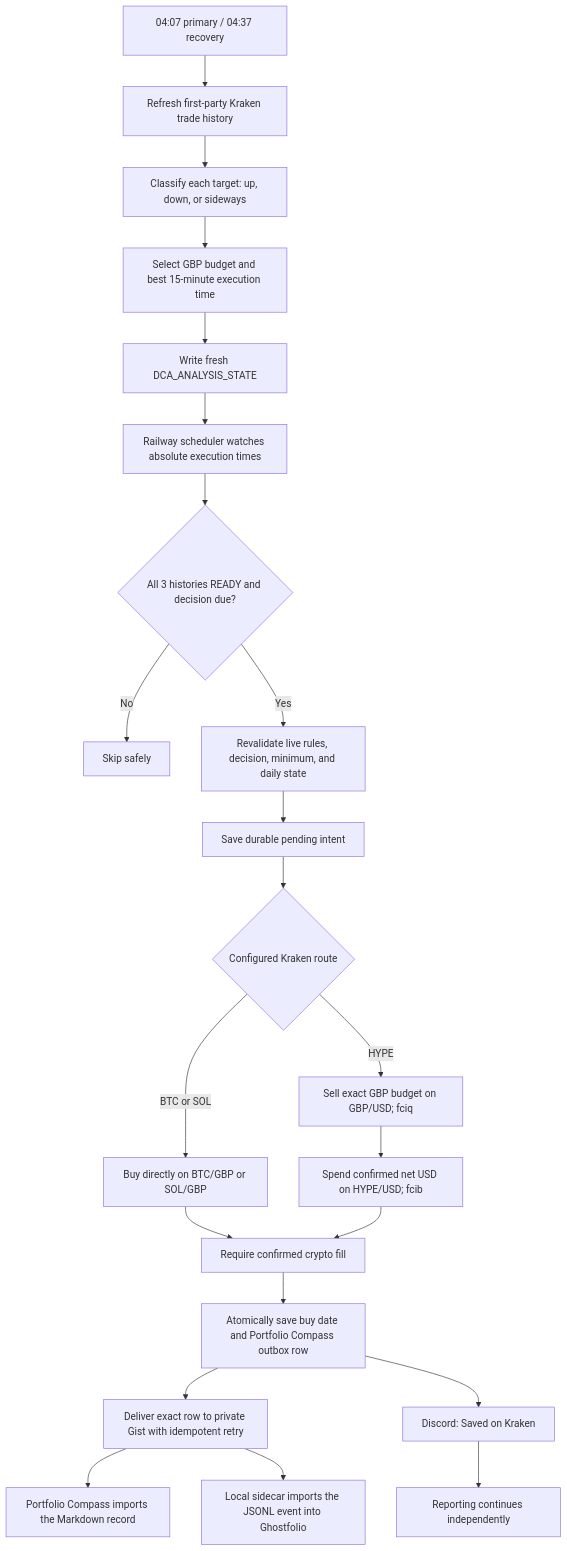
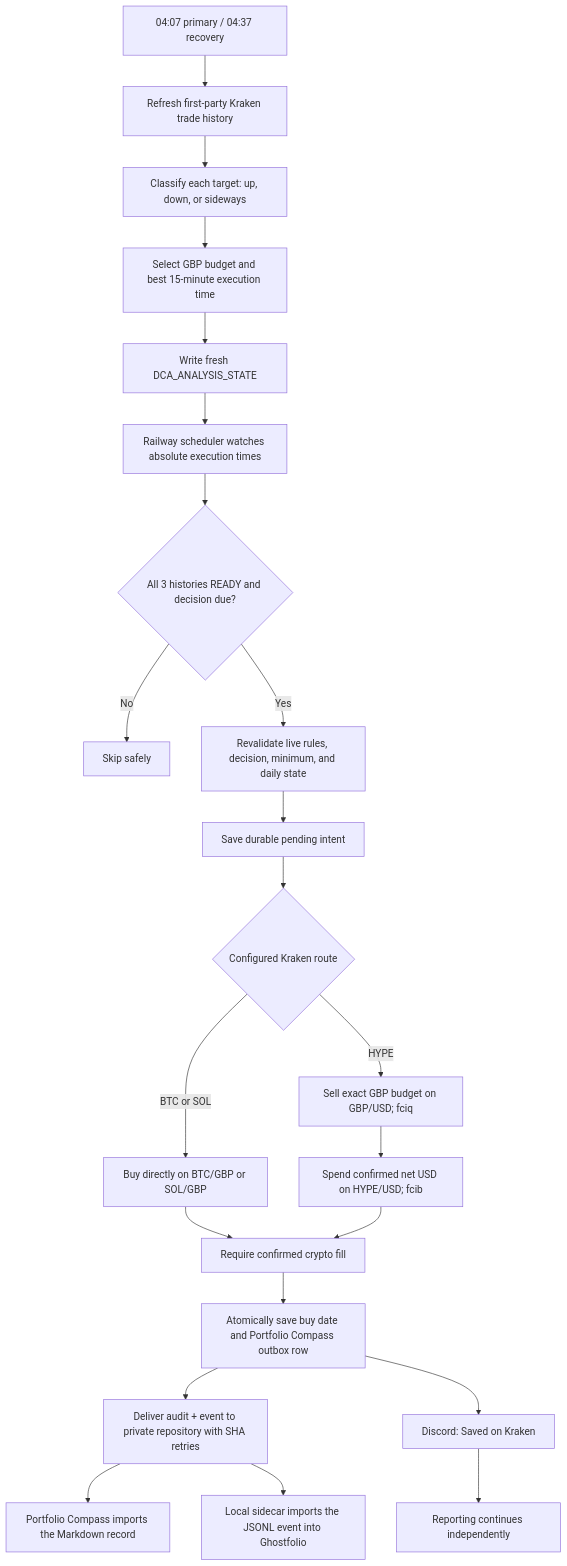
Before and after one commit to aesscialo-bot/DCA-Bot: the first of 2 diagrams in README.md, drawn with Mermaid. The commit also changed other lines of this file and 24 other files, not shown here.

Commit message:
Cut over portfolio ledger to private repository (#18)

````diff
--- a/README.md
+++ b/README.md
@@ -72,24 +72,24 @@
 ```mermaid
 flowchart TD
     A["04:07 primary / 04:37 recovery"] --> B["Refresh first-party Kraken trade history"]
     B --> C["Classify each target: up, down, or sideways"]
     C --> D["Select GBP budget and best 15-minute execution time"]
     D --> E["Write fresh DCA_ANALYSIS_STATE"]
     E --> F["Railway scheduler watches absolute execution times"]
     F --> G{"All 3 histories READY and decision due?"}
     G -- "No" --> H["Skip safely"]
     G -- "Yes" --> I["Revalidate live rules, decision, minimum, and daily state"]
     I --> J["Save durable pending intent"]
     J --> K{"Configured Kraken route"}
     K -- "BTC or SOL" --> L["Buy directly on BTC/GBP or SOL/GBP"]
     K -- "HYPE" --> M["Sell exact GBP budget on GBP/USD; fciq"]
     M --> N["Spend confirmed net USD on HYPE/USD; fcib"]
     L --> T["Require confirmed crypto fill"]
     N --> T
     T --> O["Atomically save buy date and Portfolio Compass outbox row"]
-    O --> P["Deliver exact row to private Gist with idempotent retry"]
+    O --> P["Deliver audit + event to private repository with SHA retries"]
     P --> U["Portfolio Compass imports the Markdown record"]
     P --> S["Local sidecar imports the JSONL event into Ghostfolio"]
     O --> Q["Discord: Saved on Kraken"]
     Q --> R["Reporting continues independently"]
 ```
````
